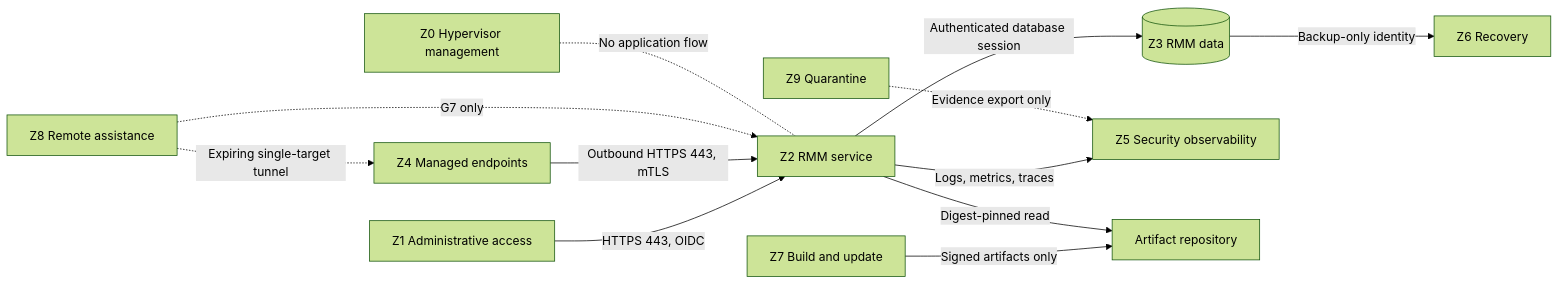
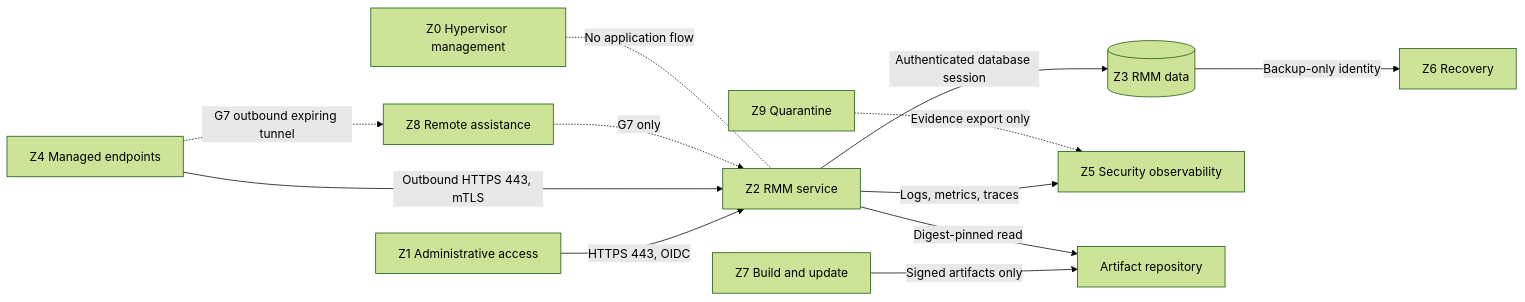
Before and after one commit to Beowxlf/northgate-rmm: the diagram in docs/architecture/INFRASTRUCTURE_AND_MICROSEGMENTATION.md, drawn with Mermaid (forest theme). The commit also changed other lines of this file, not shown here.

Commit message:
Correct identity and remote tunnel flows

````diff
--- a/docs/architecture/INFRASTRUCTURE_AND_MICROSEGMENTATION.md
+++ b/docs/architecture/INFRASTRUCTURE_AND_MICROSEGMENTATION.md
@@ -151,14 +151,14 @@
 ```mermaid
 flowchart LR
   Admin[Z1 Administrative access] -->|HTTPS 443, OIDC| Service[Z2 RMM service]
   Endpoints[Z4 Managed endpoints] -->|Outbound HTTPS 443, mTLS| Service
   Service -->|Authenticated database session| Data[(Z3 RMM data)]
   Service -->|Logs, metrics, traces| Observe[Z5 Security observability]
   Data -->|Backup-only identity| Recovery[Z6 Recovery]
   Build[Z7 Build and update] -->|Signed artifacts only| Artifacts[Artifact repository]
   Service -->|Digest-pinned read| Artifacts
   Session[Z8 Remote assistance] -. G7 only .-> Service
-  Session -. Expiring single-target tunnel .-> Endpoints
+  Endpoints -. G7 outbound expiring tunnel .-> Session
   Hypervisor[Z0 Hypervisor management] -. No application flow .- Service
   Quarantine[Z9 Quarantine] -. Evidence export only .-> Observe
 ```
````
